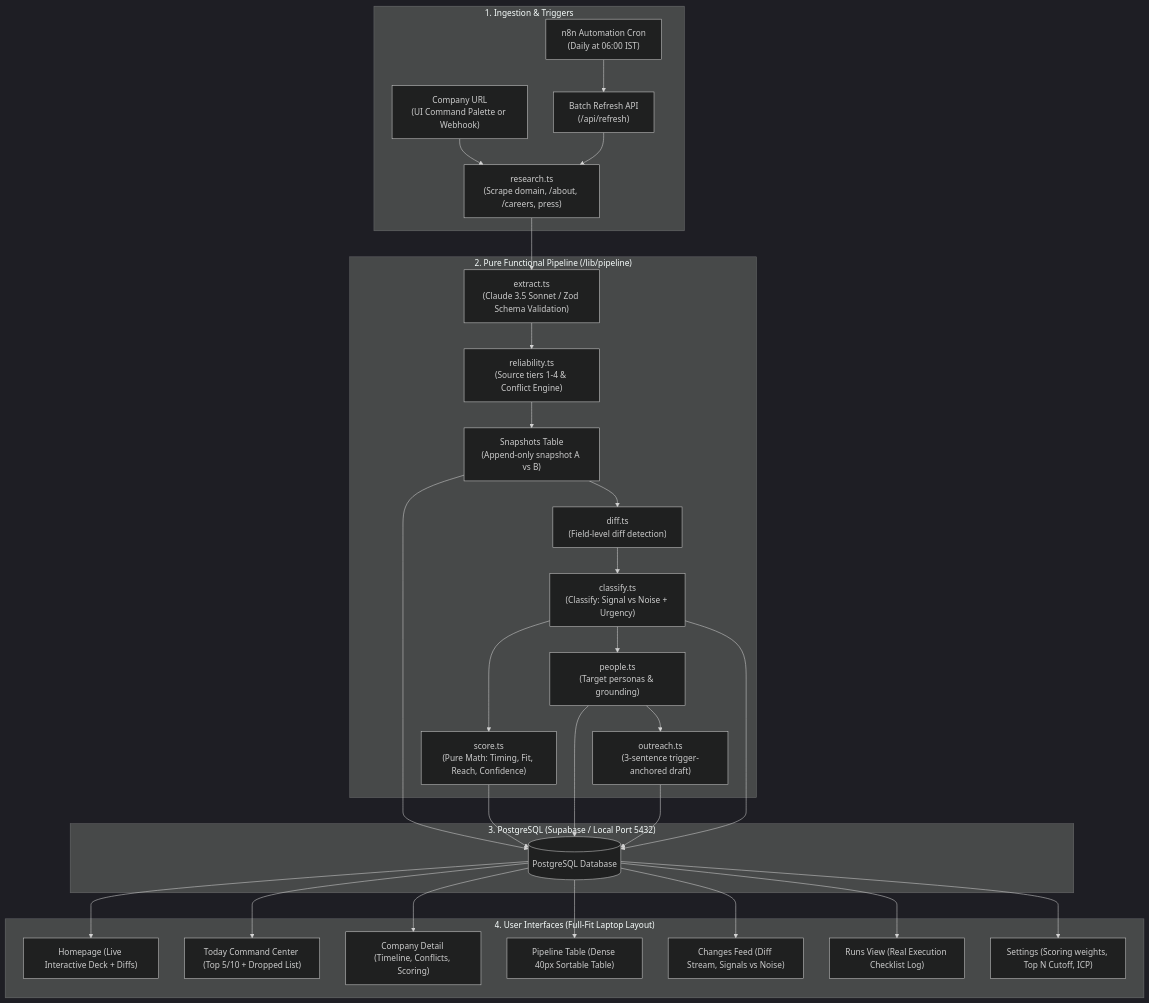
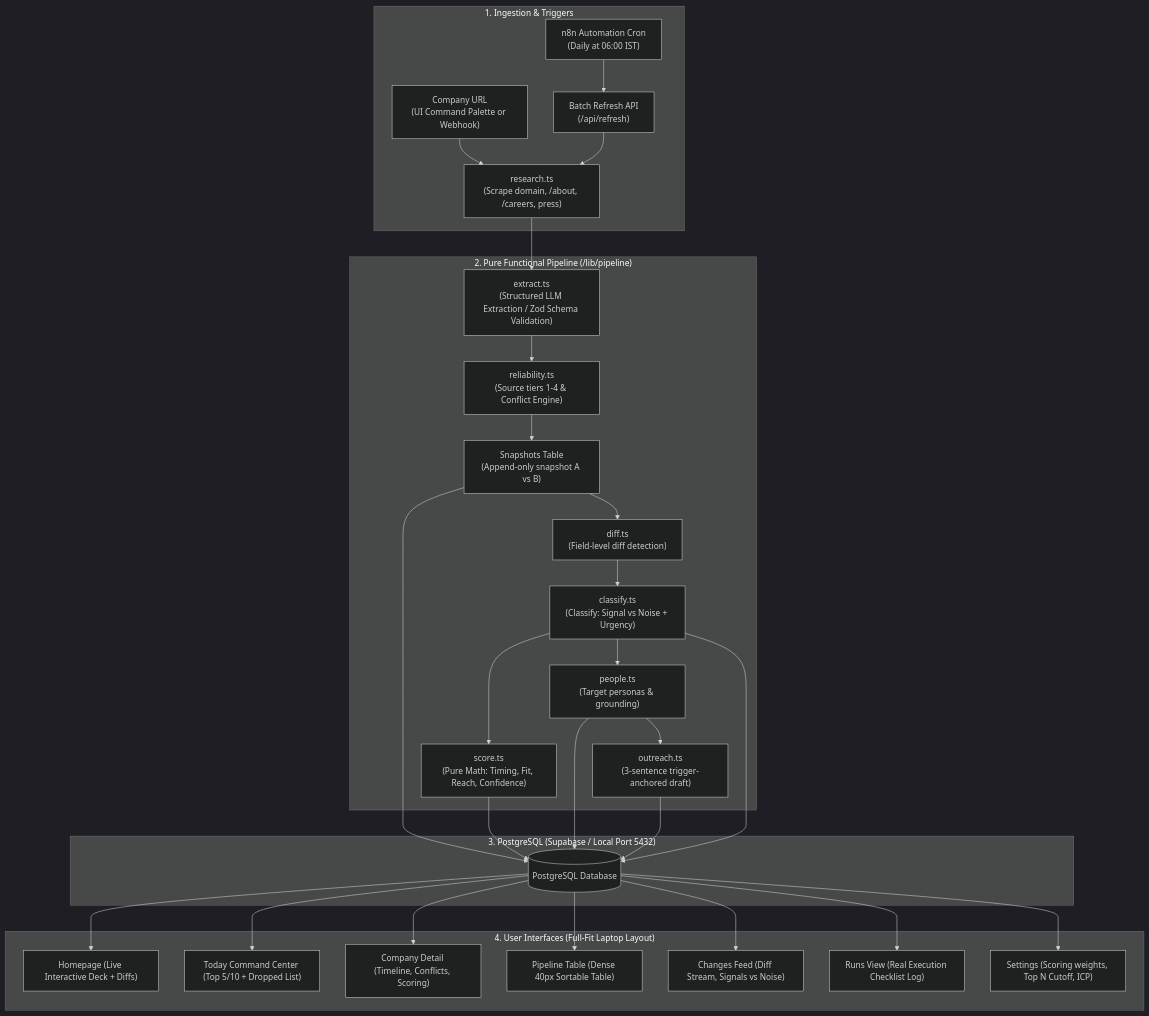
One commit to abhinav6868/nextmove changed the diagram in README.md. Above: the diagram before and after it, drawn with Mermaid (dark theme). The commit also changed other lines of this file and 17 other files, not shown here.

````diff
--- a/README.md
+++ b/README.md
@@ -16,37 +16,37 @@
 ```mermaid
 flowchart TD
     subgraph Ingestion["1. Ingestion & Triggers"]
         URL["Company URL\n(UI Command Palette or Webhook)"] --> Research
         Cron["n8n Automation Cron\n(Daily at 06:00 IST)"] --> Batch["Batch Refresh API\n(/api/refresh)"]
         Batch --> Research
     end
 
     subgraph Pipeline["2. Pure Functional Pipeline (/lib/pipeline)"]
-        Research["research.ts\n(Scrape domain, /about, /careers, press)"] --> Extract["extract.ts\n(Claude 3.5 Sonnet / Zod Schema Validation)"]
+        Research["research.ts\n(Scrape domain, /about, /careers, press)"] --> Extract["extract.ts\n(Structured LLM Extraction / Zod Schema Validation)"]
         Extract --> Rel["reliability.ts\n(Source tiers 1-4 & Conflict Engine)"]
         Rel --> Snap["Snapshots Table\n(Append-only snapshot A vs B)"]
+        Diff --> Classify["classify.ts\n(Classify: Signal vs Noise + Urgency)"]
         Snap --> Diff["diff.ts\n(Field-level diff detection)"]
-        Diff --> Classify["classify.ts\n(Classify: Signal vs Noise + Urgency)"]
         Classify --> Score["score.ts\n(Pure Math: Timing, Fit, Reach, Confidence)"]
         Classify --> People["people.ts\n(Target personas & grounding)"]
         People --> Outreach["outreach.ts\n(3-sentence trigger-anchored draft)"]
     end
 
     subgraph Storage["3. PostgreSQL (Supabase / Local Port 5432)"]
         Snap --> DB[(PostgreSQL Database)]
         Score --> DB
         People --> DB
         Outreach --> DB
         Classify --> DB
     end
 
     subgraph Views["4. User Interfaces (Full-Fit Laptop Layout)"]
         DB --> Home["Homepage (Live Interactive Deck + Diffs)"]
         DB --> Today["Today Command Center (Top 5/10 + Dropped List)"]
         DB --> Company["Company Detail (Timeline, Conflicts, Scoring)"]
         DB --> PipeView["Pipeline Table (Dense 40px Sortable Table)"]
         DB --> Changes["Changes Feed (Diff Stream, Signals vs Noise)"]
         DB --> Runs["Runs View (Real Execution Checklist Log)"]
         DB --> Settings["Settings (Scoring weights, Top N Cutoff, ICP)"]
     end
 ```
````
